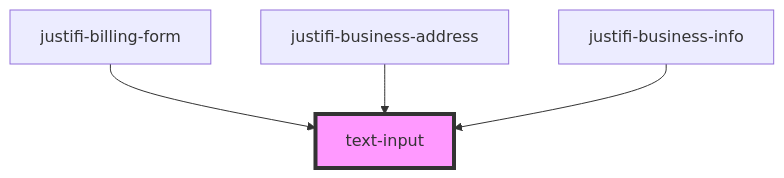
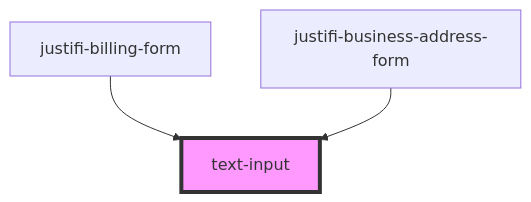
One commit to justifi-tech/web-component-library changed the diagram in stencil-library/src/components/text-input/readme.md. Above: the diagram before and after it, drawn with Mermaid. The commit also changed other lines of this file and 10 other files, not shown here.

Commit message:
rename business-address to use -form naming convention

````diff
--- a/stencil-library/src/components/text-input/readme.md
+++ b/stencil-library/src/components/text-input/readme.md
@@ -39,7 +38,6 @@
 ```mermaid
 graph TD;
   justifi-billing-form --> text-input
-  justifi-business-address --> text-input
-  justifi-business-info --> text-input
+  justifi-business-address-form --> text-input
   style text-input fill:#f9f,stroke:#333,stroke-width:4px
 ```
````
